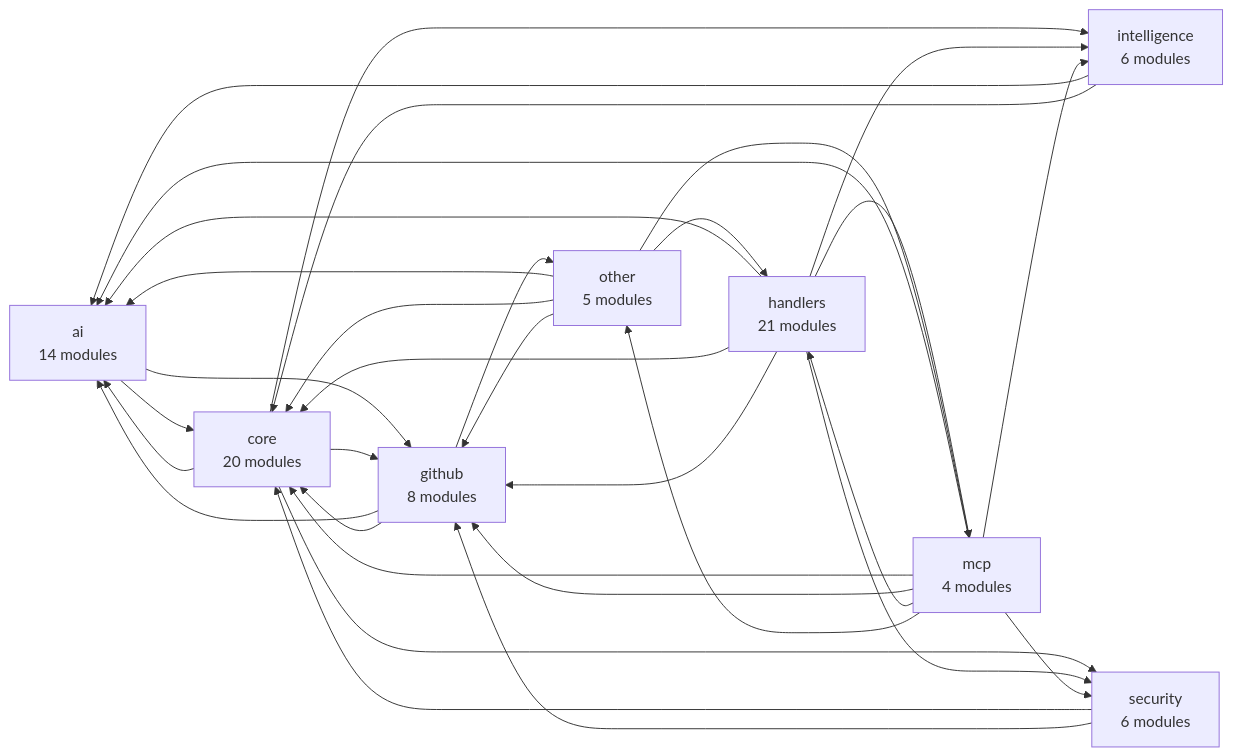
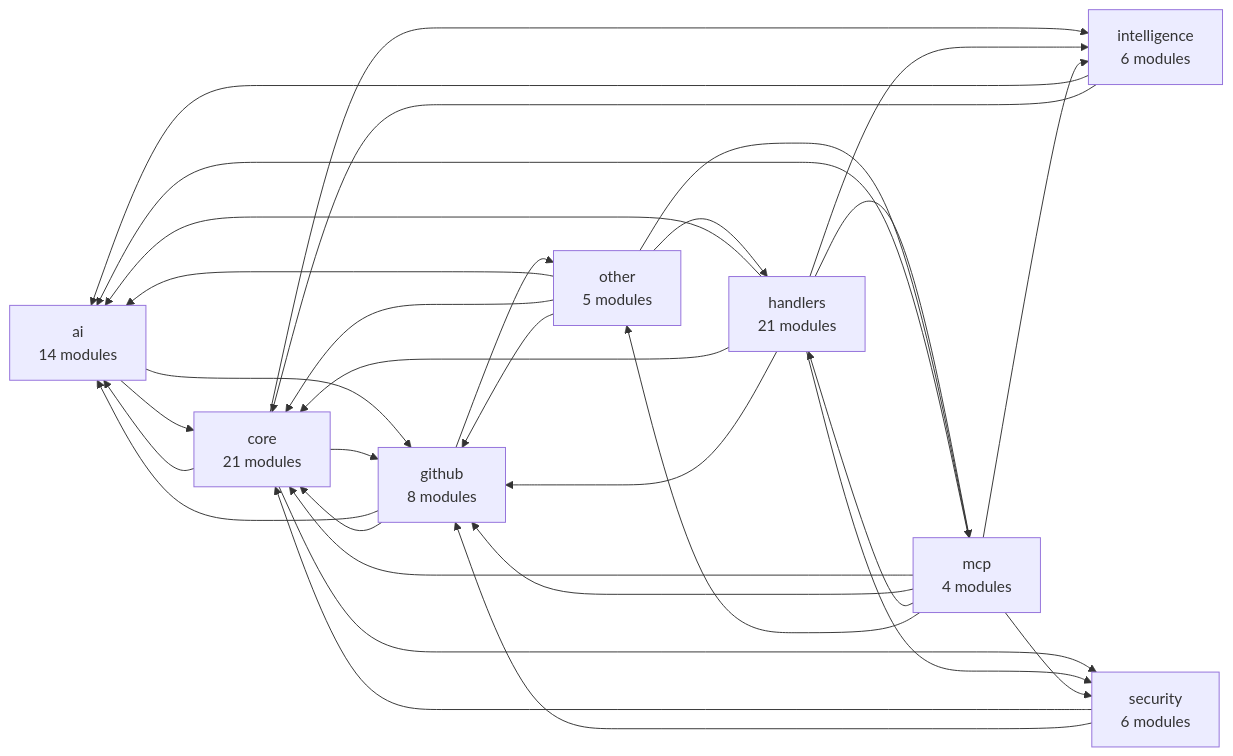
The second of 2 diagrams in README.md (Shweta-Mishra-ai/github-autopilot), drawn with Mermaid before and after one commit. The commit also changed other lines of this file and 6 other files, not shown here.

````diff
--- a/README.md
+++ b/README.md
@@ -202,42 +202,42 @@
 ```mermaid
 graph LR
     ai["ai<br/>14 modules"]
-    core["core<br/>20 modules"]
+    core["core<br/>21 modules"]
     github["github<br/>8 modules"]
     handlers["handlers<br/>21 modules"]
     intelligence["intelligence<br/>6 modules"]
     mcp["mcp<br/>4 modules"]
     other["other<br/>5 modules"]
     security["security<br/>6 modules"]
     ai --> core
     ai --> github
     core --> ai
     core --> github
     core --> intelligence
     core --> security
     github --> ai
     github --> core
     github --> other
     handlers --> ai
     handlers --> core
     handlers --> github
     handlers --> intelligence
     handlers --> mcp
     handlers --> security
     intelligence --> ai
     intelligence --> core
     mcp --> ai
     mcp --> core
     mcp --> github
     mcp --> handlers
     mcp --> intelligence
     mcp --> other
     mcp --> security
     other --> ai
     other --> core
     other --> github
     other --> handlers
     other --> mcp
     security --> core
     security --> github
 ```
````
